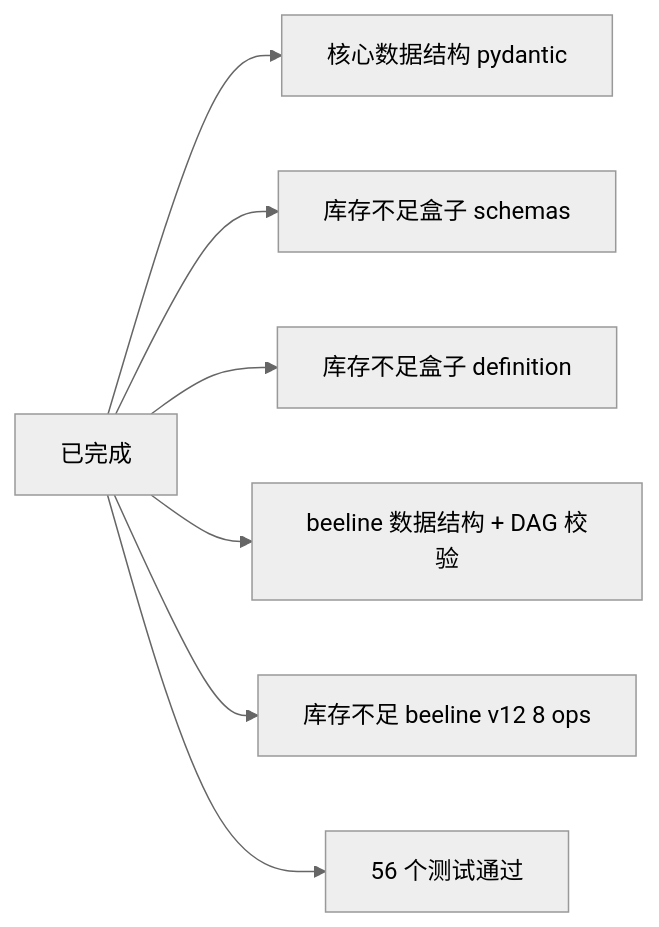
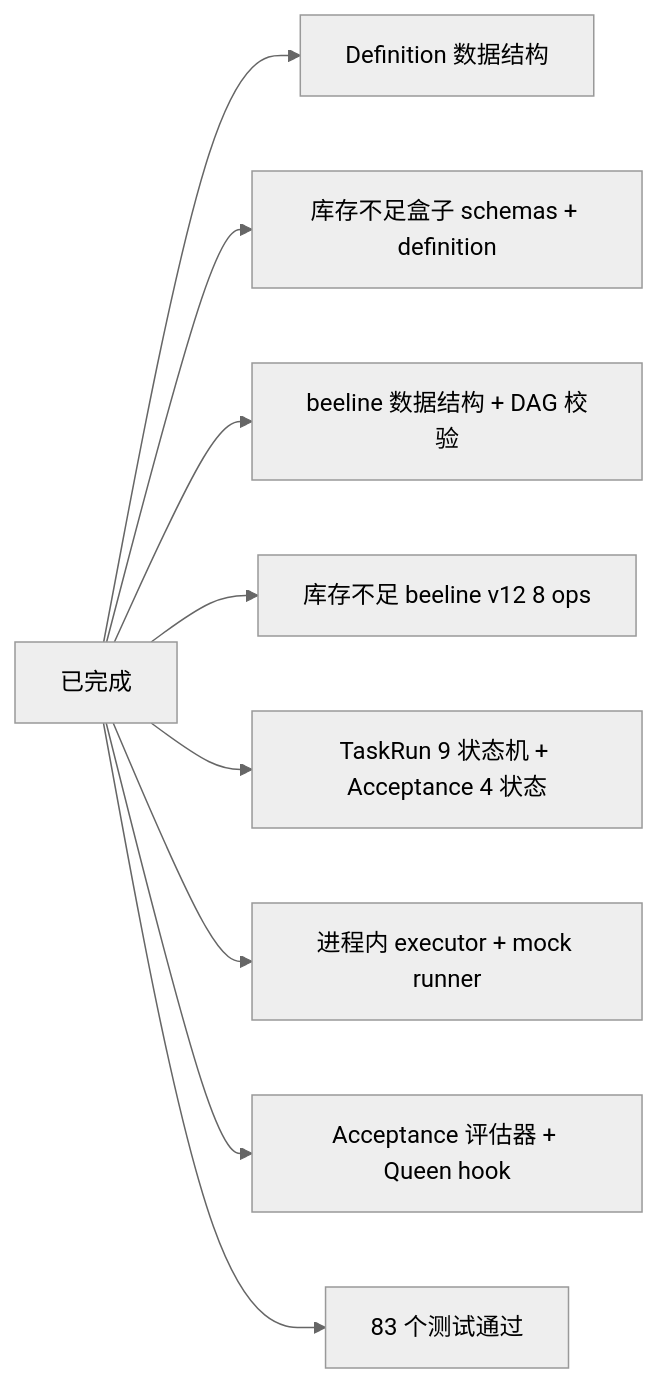
The second of 2 diagrams in README.md (chehuizi/beeOS), drawn with Mermaid (neutral theme) before and after one commit. The commit also changed other lines of this file and 8 other files, not shown here.

First line of the commit message:
feat(poc): Runtime 最小闭环 + TaskRun 状态机 + Acceptance 独立阶段

````diff
--- a/README.md
+++ b/README.md
@@ -76,10 +84,12 @@
 ```mermaid
 flowchart LR
     Done[已完成]
-    Done --> S1[核心数据结构 pydantic]
-    Done --> S2[库存不足盒子 schemas]
-    Done --> S3[库存不足盒子 definition]
-    Done --> S4[beeline 数据结构 + DAG 校验]
-    Done --> S5[库存不足 beeline v12 8 ops]
-    Done --> S6[56 个测试通过]
+    Done --> S1[Definition 数据结构]
+    Done --> S2[库存不足盒子 schemas + definition]
+    Done --> S3[beeline 数据结构 + DAG 校验]
+    Done --> S4[库存不足 beeline v12 8 ops]
+    Done --> S5[TaskRun 9 状态机 + Acceptance 4 状态]
+    Done --> S6[进程内 executor + mock runner]
+    Done --> S7[Acceptance 评估器 + Queen hook]
+    Done --> S8[83 个测试通过]
 ```
````
